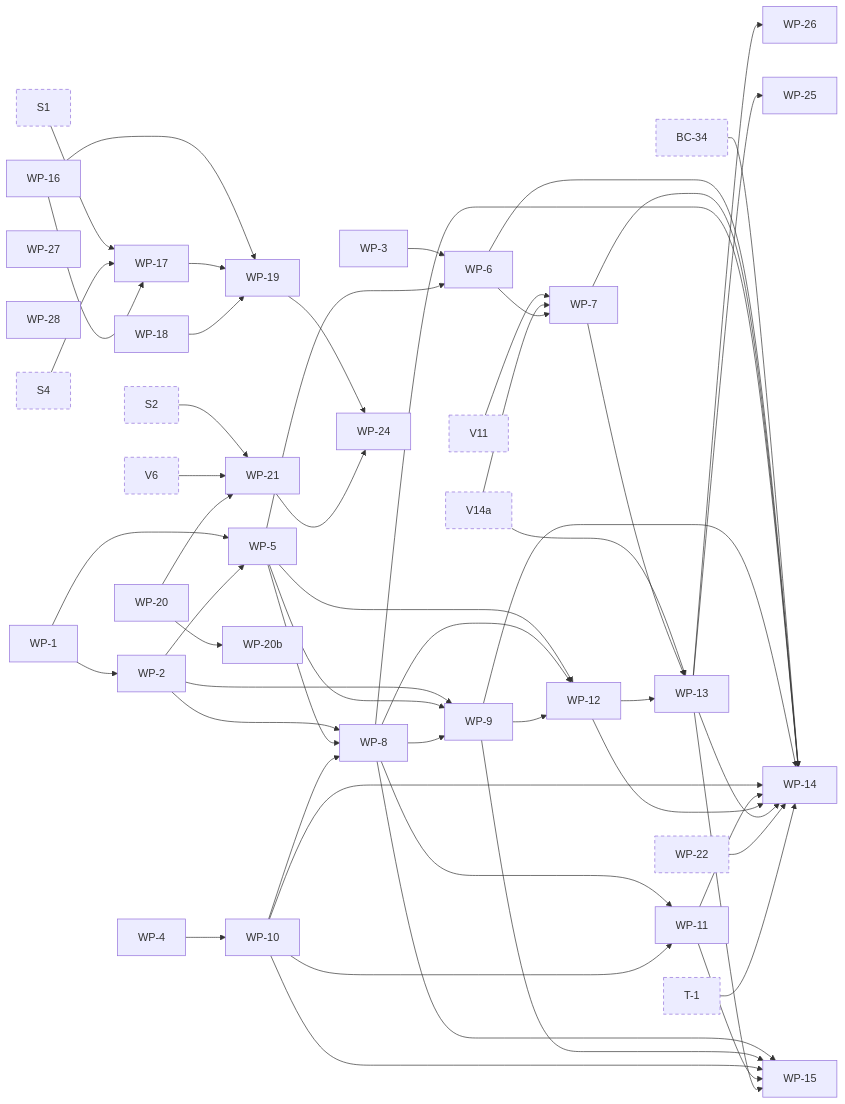
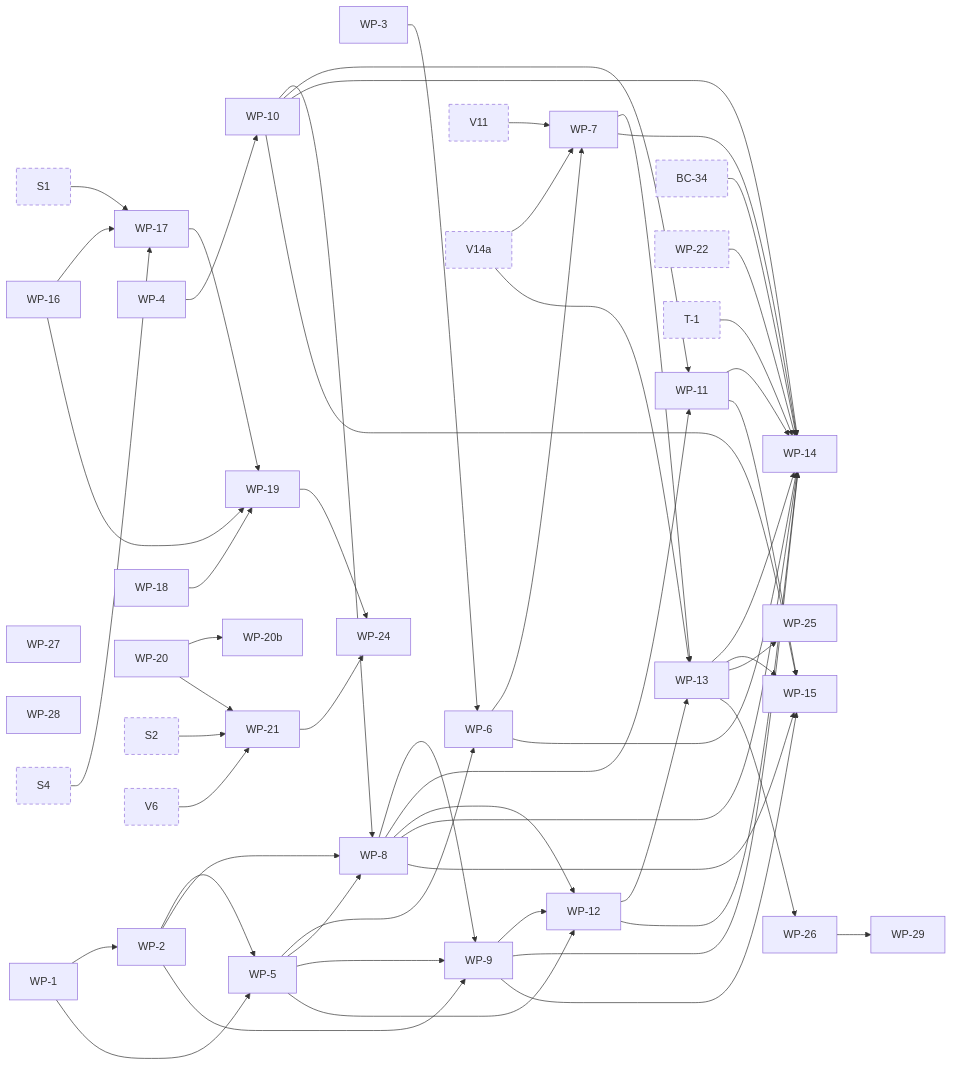
One commit to jhoblitt/rgw-go changed the eighth of 11 diagrams in docs/superpowers/plans/2026-10-13-phase-2/dependencies.md. Above: the diagram before and after it, drawn with Mermaid. The commit also changed other lines of this file and 2 other files, not shown here.

Commit message:
docs(plan): add task WP-29 and amend WP-26 from WP-26's review
WP-26's review found an empty SSE-C algorithm header answered 400
InvalidArgument where radosgw answers InvalidEncryptionAlgorithmError.
The completion's case is WP-26's own; the same read at GetObject,
HeadObject, GetObjectAttributes, UploadPart and UploadPartCopy predates
it, so WP-29 fixes those, with radosgw's per-path answers to verify.

The review also found WP-26's item 2 refusing, on Tentacle, SSE-S3
uploads and SSE-KMS uploads without a checksum, which Amazon S3
completes, against D16. Item 2 now completes an upload whose completion
needs no key and refuses one that needs a key rgw-go does not have.

```diff
--- a/docs/superpowers/plans/2026-10-13-phase-2/dependencies.md
+++ b/docs/superpowers/plans/2026-10-13-phase-2/dependencies.md
@@ -851,6 +851,7 @@
   t_WP_26["WP-26"]
   t_WP_27["WP-27"]
   t_WP_28["WP-28"]
+  t_WP_29["WP-29"]
   t_S1["S1"]:::ext
   t_S2["S2"]:::ext
   t_S4["S4"]:::ext
@@ -913,6 +914,7 @@
   t_WP_21 --> t_WP_24
   t_WP_13 --> t_WP_25
   t_WP_13 --> t_WP_26
+  t_WP_26 --> t_WP_29
   click t_WP_1 href "https://github.com/jhoblitt/rgw-go/blob/main/docs/superpowers/plans/2026-10-13-phase-2/WP-write-path.md#task-wp-1-checksum-types-and-record" "WP-1: checksum types and record"
   click t_WP_2 href "https://github.com/jhoblitt/rgw-go/blob/main/docs/superpowers/plans/2026-10-13-phase-2/WP-write-path.md#task-wp-2-digests-and-combiners" "WP-2: digests and combiners"
   click t_WP_3 href "https://github.com/jhoblitt/rgw-go/blob/main/docs/superpowers/plans/2026-10-13-phase-2/WP-write-path.md#task-wp-3-trailer-values" "WP-3: trailer values"
@@ -940,6 +942,7 @@
   click t_WP_26 href "https://github.com/jhoblitt/rgw-go/blob/main/docs/superpowers/plans/2026-10-13-phase-2/WP-write-path.md#task-wp-26-completemultipartupload-treats-an-encrypted-upload-as-radosgw-does" "WP-26: CompleteMultipartUpload treats an encrypted upload as radosgw does"
   click t_WP_27 href "https://github.com/jhoblitt/rgw-go/blob/main/docs/superpowers/plans/2026-10-13-phase-2/WP-write-path.md#task-wp-27-uploadpart-and-uploadpartcopy-refuse-a-part-of-an-encrypted-upload" "WP-27: UploadPart and UploadPartCopy refuse a part of an encrypted upload"
   click t_WP_28 href "https://github.com/jhoblitt/rgw-go/blob/main/docs/superpowers/plans/2026-10-13-phase-2/WP-write-path.md#task-wp-28-a-stored-metadata-value-never-puts-a-nul-into-a-response-header" "WP-28: a stored metadata value never puts a NUL into a response header"
+  click t_WP_29 href "https://github.com/jhoblitt/rgw-go/blob/main/docs/superpowers/plans/2026-10-13-phase-2/WP-write-path.md#task-wp-29-an-empty-sse-c-algorithm-header-answers-as-radosgw-does-on-every-sse-c-path" "WP-29: an empty SSE-C algorithm header answers as radosgw does on every SSE-C path"
   click t_S1 href "https://github.com/jhoblitt/rgw-go/blob/main/docs/superpowers/plans/2026-10-13-phase-2/00-index.md#task-s1-fakeradoss-rgw-class-as-method-tables" "S1: fakerados's rgw class as method tables"
   click t_S2 href "https://github.com/jhoblitt/rgw-go/blob/main/docs/superpowers/plans/2026-10-13-phase-2/00-index.md#task-s2-route-sets-per-feature-and-the-env-slots" "S2: route sets per feature and the Env slots"
   click t_S4 href "https://github.com/jhoblitt/rgw-go/blob/main/docs/superpowers/plans/2026-10-13-phase-2/00-index.md#task-s4-fakerados-refuses-an-unregistered-class-method-at-op-setup" "S4: fakerados refuses an unregistered class method at op setup"
```
